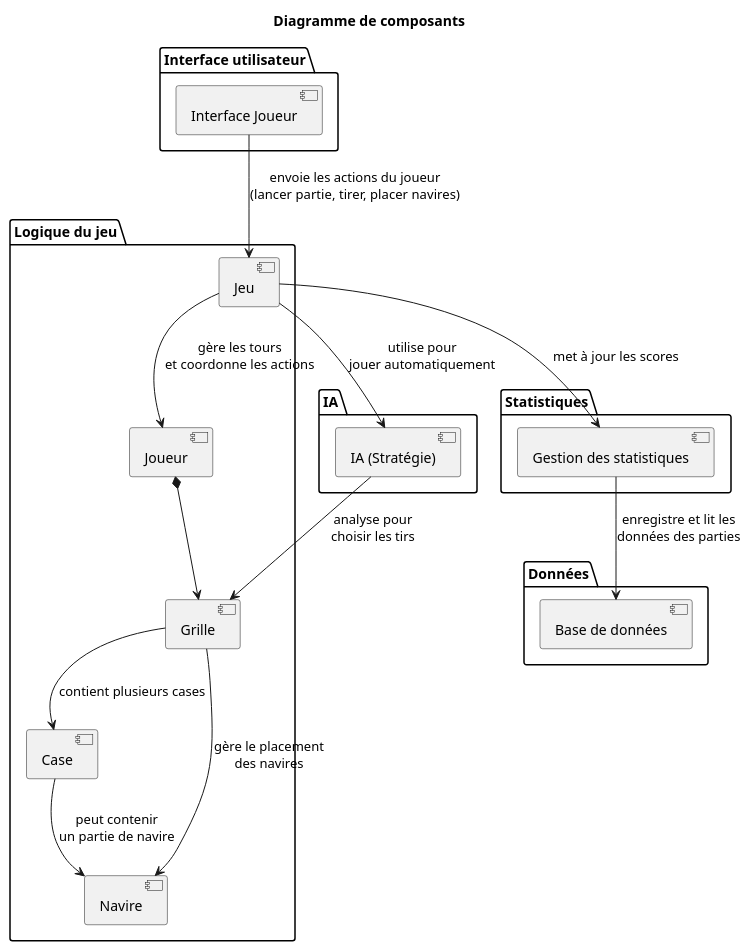
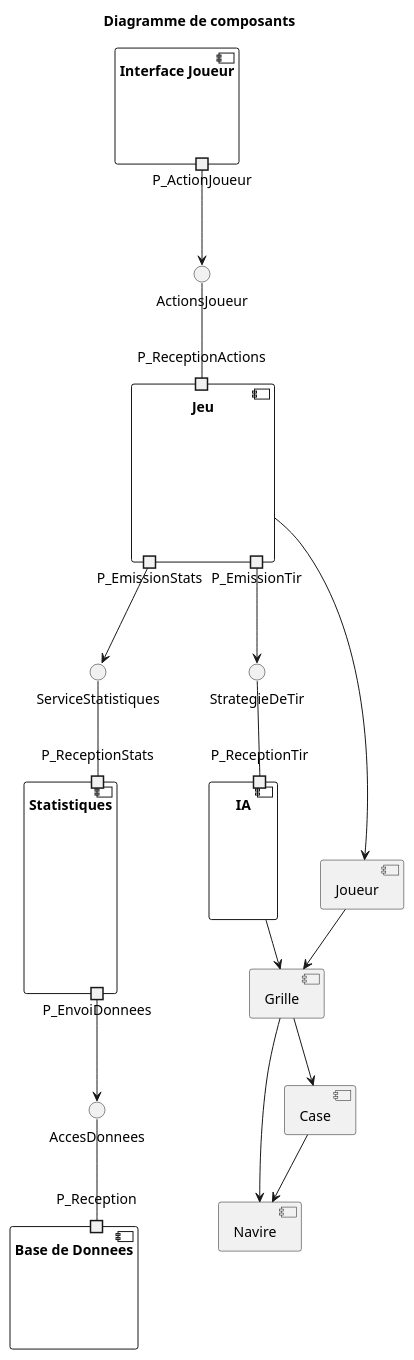
Before and after one commit to Al5uke/equipe9-inf5153-bataille-navale: the diagram in _models/composants_diagram.puml, drawn with PlantUML.

Commit message:
Modifie le diagramme de composant

```diff
--- a/_models/composants_diagram.puml
+++ b/_models/composants_diagram.puml
@@ -1,44 +1,56 @@
 @startuml
 title Diagramme de composants
-package "Interface utilisateur" {
-  [Interface Joueur] as InterfaceJoueur
+
+() "ActionsJoueur"
+() "StrategieDeTir"
+() "ServiceStatistiques"
+() "AccesDonnees"
+
+component "Interface Joueur" {
+  portout P_ActionJoueur
 }
 
-package "Logique du jeu" {
-  component [Jeu]
-  component [Joueur]
-  component [Grille]
-  component [Case]
-  component [Navire]
+component "Jeu" {
+  portin  P_ReceptionActions
+  portout P_EmissionTir
+  portout P_EmissionStats
 }
 
-package "IA" {
-  component [IA (Stratégie)]
+component "IA" {
+  portin P_ReceptionTir
 }
 
-package "Statistiques" {
-  component [Gestion des statistiques]
+component "Statistiques" {
+  portin  P_ReceptionStats
+  portout P_EnvoiDonnees
 }
 
-package "Données" {
-  component [Base de données]
+component "Base de Donnees" {
+  portin P_Reception
 }
 
-InterfaceJoueur --> Jeu : envoie les actions du joueur\n(lancer partie, tirer, placer navires)
+[Joueur]
+[Grille]
+[Case]
+[Navire]
 
-Jeu --> Joueur : gère les tours\net coordonne les actions
-Jeu --> [Gestion des statistiques] : met à jour les scores
-Jeu --> [IA (Stratégie)] : utilise pour\njouer automatiquement
+P_ActionJoueur --> "ActionsJoueur"
+"ActionsJoueur" -- P_ReceptionActions
 
-Joueur *--> Grille 
+P_EmissionTir --> "StrategieDeTir"
+"StrategieDeTir" -- P_ReceptionTir
 
-Grille --> Case : contient plusieurs cases
-Grille --> Navire : gère le placement\ndes navires
+P_EmissionStats --> "ServiceStatistiques"
+"ServiceStatistiques" -- P_ReceptionStats
 
-Case --> Navire : peut contenir\nun partie de navire
+P_EnvoiDonnees --> "AccesDonnees"
+"AccesDonnees" -- P_Reception
 
-[IA (Stratégie)] --> Grille : analyse pour\nchoisir les tirs
-
-[Gestion des statistiques] --> [Base de données] : enregistre et lit les\ndonnées des parties
+"Jeu" --> [Joueur]
+[Joueur] --> [Grille]
+[Grille] --> [Case]
+[Grille] --> [Navire]
+[Case] --> [Navire]
+"IA" --> [Grille]
 
 @enduml
```
